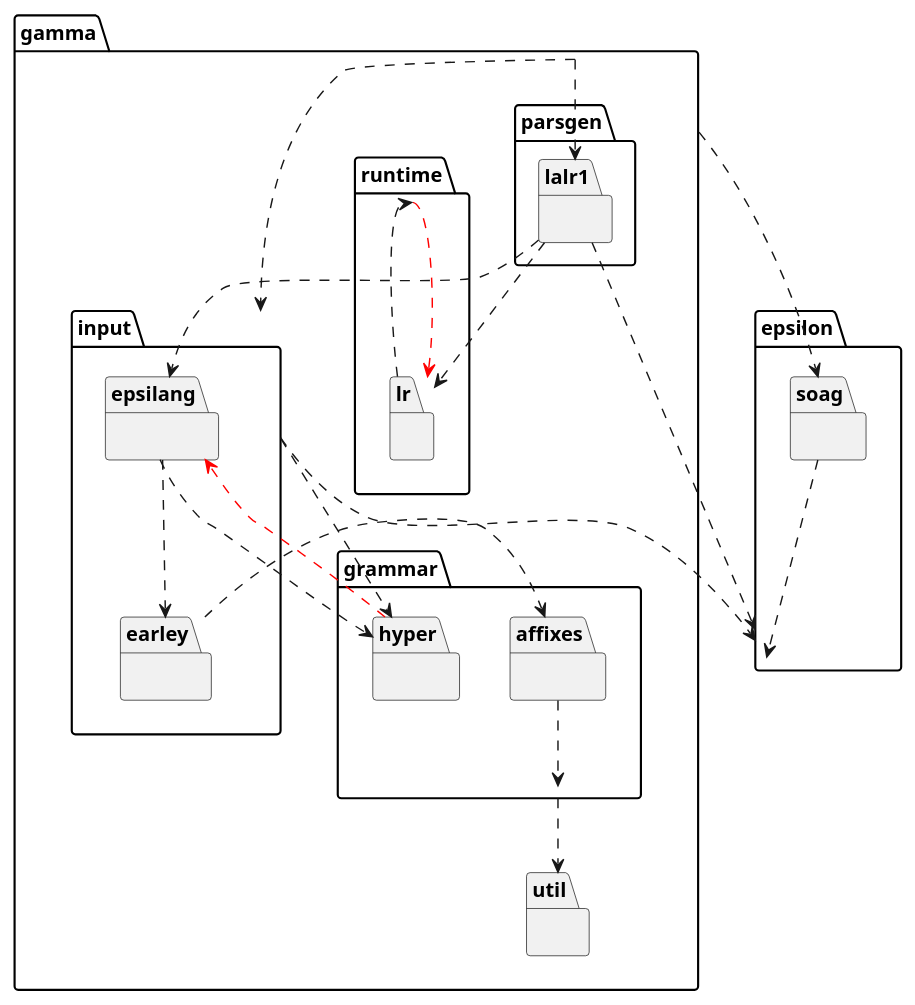
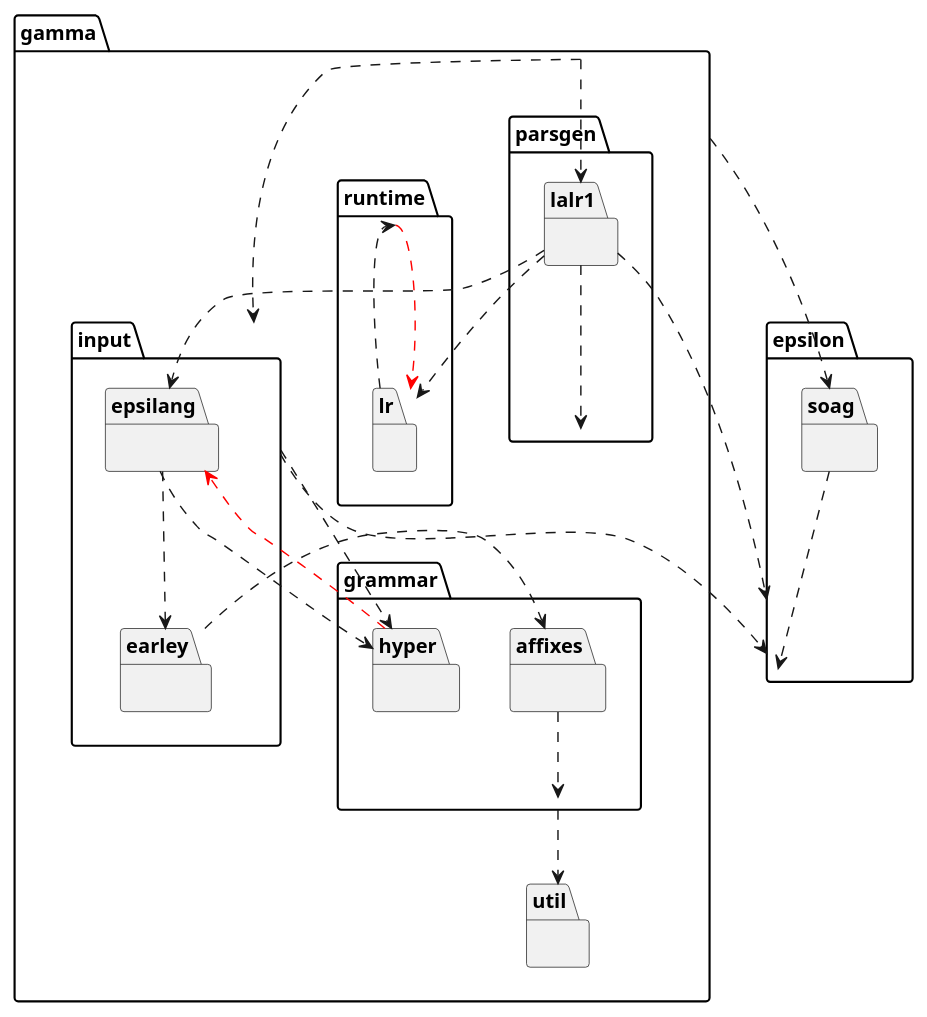
The diagram in doc/dependencies.puml (linkrope/gamma), drawn with PlantUML before and after one commit. The commit also changed 34 other files, not shown here.

```diff
--- a/doc/dependencies.puml
+++ b/doc/dependencies.puml
@@ -1,42 +1,43 @@
 @startuml
 package epsilon {
     package soag as epsilon.soag {}
 }
 package gamma {
     package grammar as gamma.grammar {
         package affixes as gamma.grammar.affixes {}
         package hyper as gamma.grammar.hyper {}
     }
     package input as gamma.input {
         package earley as gamma.input.earley {}
         package epsilang as gamma.input.epsilang {}
 
         gamma.input.epsilang ..> gamma.input.earley
     }
     package parsgen as gamma.parsgen {
         package lalr1 as gamma.parsgen.lalr1 {}
     }
     package runtime as gamma.runtime {
         package lr as gamma.runtime.lr {}
     }
     package util as gamma.util {}
 
     gamma.grammar ..> gamma.util
     gamma.grammar.affixes ..> gamma.grammar
     gamma.grammar.hyper ..[#red]> gamma.input.epsilang
     gamma.input ..> gamma.grammar.hyper
     gamma.input.earley ..> gamma.grammar.affixes
     gamma.input.epsilang ..> gamma.grammar.hyper
     gamma.parsgen.lalr1 ..> gamma.input.epsilang
+    gamma.parsgen.lalr1 ..> gamma.parsgen
     gamma.parsgen.lalr1 ..> gamma.runtime.lr
     gamma.runtime ..[#red]> gamma.runtime.lr
     gamma.runtime.lr ..> gamma.runtime
 }
 
 epsilon.soag ..> epsilon
 gamma ..> epsilon.soag
 gamma ..> gamma.input
 gamma ..> gamma.parsgen.lalr1
 gamma.input ..> epsilon
 gamma.parsgen.lalr1 ..> epsilon
 @enduml
```
